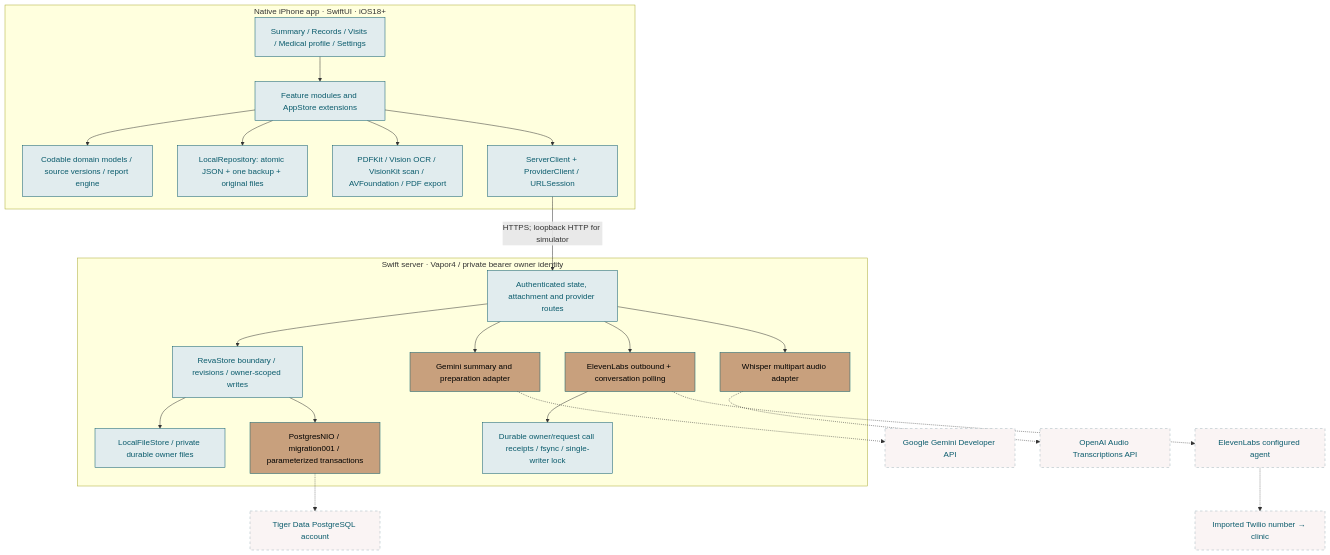
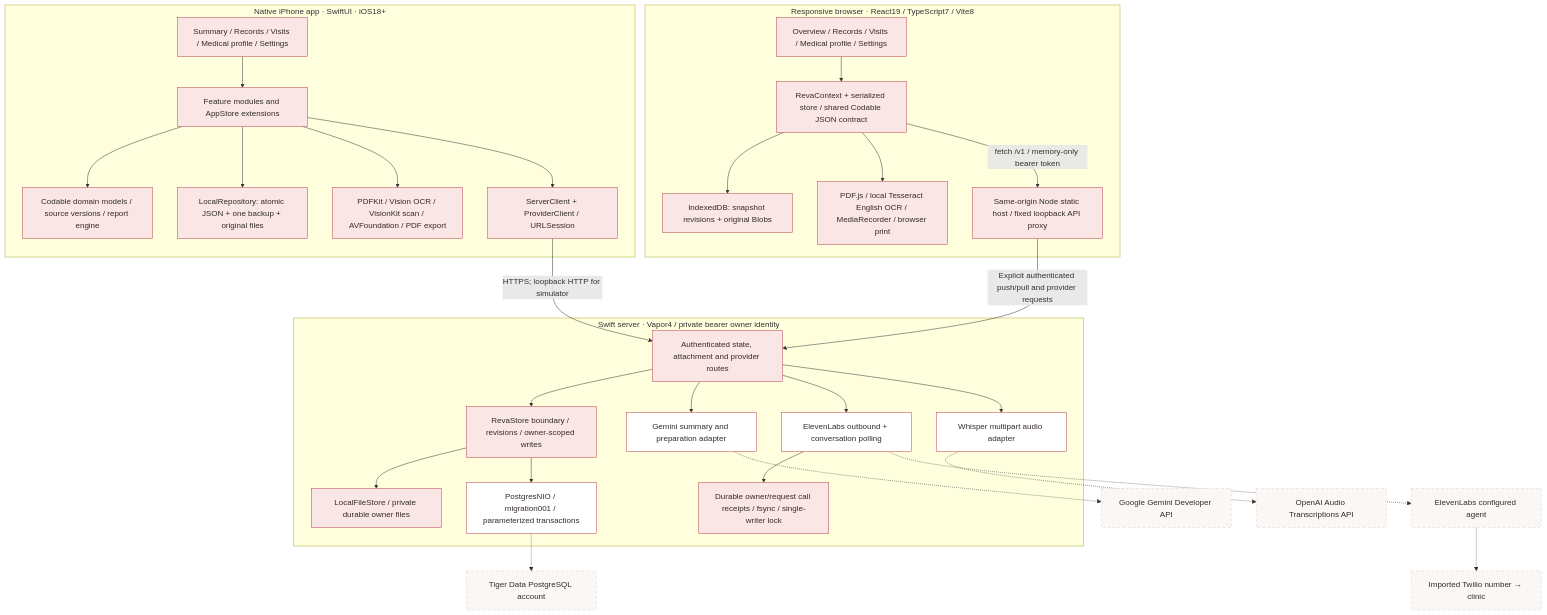
The first of 6 diagrams in docs/architecture.md (Siddiqui-R/2026_ricehackathon_medicine), drawn with Mermaid before and after one commit. The commit also changed other lines of this file and 12 other files, not shown here.

Commit message:
docs: document browser stack ownership and responsive verification

````diff
--- a/docs/architecture.md
+++ b/docs/architecture.md
@@ -13,43 +13,54 @@
 ```mermaid
 flowchart TB
     subgraph PHONE["Native iPhone app · SwiftUI · iOS18+"]
         UI["Summary / Records / Visits / Medical profile / Settings"]
         FEATURES["Feature modules and AppStore extensions"]
         CORE["Codable domain models / source versions / report engine"]
         LOCAL["LocalRepository: atomic JSON + one backup + original files"]
         DEVICE["PDFKit / Vision OCR / VisionKit scan / AVFoundation / PDF export"]
         CLIENT["ServerClient + ProviderClient / URLSession"]
         UI --> FEATURES --> CORE
         FEATURES --> LOCAL
         FEATURES --> DEVICE
         FEATURES --> CLIENT
+    end
+    subgraph WEB["Responsive browser · React19 / TypeScript7 / Vite8"]
+        WEBUI["Overview / Records / Visits / Medical profile / Settings"]
+        WEBSTATE["RevaContext + serialized store / shared Codable JSON contract"]
+        IDB["IndexedDB: snapshot revisions + original Blobs"]
+        WEBDEVICE["PDF.js / local Tesseract English OCR / MediaRecorder / browser print"]
+        PROXY["Same-origin Node static host / fixed loopback API proxy"]
+        WEBUI --> WEBSTATE --> IDB
+        WEBSTATE --> WEBDEVICE
+        WEBSTATE -->|"fetch /v1 / memory-only bearer token"| PROXY
     end
     subgraph API["Swift server · Vapor4 / private bearer owner identity"]
         ROUTES["Authenticated state, attachment and provider routes"]
         STORE["RevaStore boundary / revisions / owner-scoped writes"]
         FILES["LocalFileStore / private durable owner files"]
         PG["PostgresNIO / migration001 / parameterized transactions"]
         GEMINI["Gemini summary and preparation adapter"]
         WHISPER["Whisper multipart audio adapter"]
         CALL["ElevenLabs outbound + conversation polling"]
         RECEIPTS["Durable owner/request call receipts / fsync / single-writer lock"]
         ROUTES --> STORE
         STORE --> FILES
         STORE --> PG
         ROUTES --> GEMINI
         ROUTES --> WHISPER
         ROUTES --> CALL --> RECEIPTS
     end
     CLIENT -->|"HTTPS; loopback HTTP for simulator"| ROUTES
+    PROXY -->|"Explicit authenticated push/pull and provider requests"| ROUTES
     PG -.-> TIGER["Tiger Data PostgreSQL account"]
     GEMINI -.-> GOOGLE["Google Gemini Developer API"]
     WHISPER -.-> OPENAI["OpenAI Audio Transcriptions API"]
     CALL -.-> ELEVEN["ElevenLabs configured agent"]
     ELEVEN -.-> TWILIO["Imported Twilio number → clinic"]
-    classDef local fill:#E1ECEE,stroke:#0A5B6C,color:#0A5B6C;
-    classDef adapter fill:#C8A07D,stroke:#0A5B6C,color:#000000;
-    classDef external fill:#FAF4F4,stroke:#A2B7BC,color:#0A5B6C,stroke-dasharray:5 5;
-    class UI,FEATURES,CORE,LOCAL,DEVICE,CLIENT,ROUTES,STORE,FILES,RECEIPTS local;
+    classDef local fill:#FAE6E5,stroke:#B84250,color:#342B2C;
+    classDef adapter fill:#FFFFFF,stroke:#B84250,color:#342B2C;
+    classDef external fill:#FBF7F5,stroke:#DBCBC9,color:#342B2C,stroke-dasharray:5 5;
+    class UI,FEATURES,CORE,LOCAL,DEVICE,CLIENT,WEBUI,WEBSTATE,IDB,WEBDEVICE,PROXY,ROUTES,STORE,FILES,RECEIPTS local;
     class PG,GEMINI,WHISPER,CALL adapter;
     class TIGER,GOOGLE,OPENAI,ELEVEN,TWILIO external;
 ```
````
